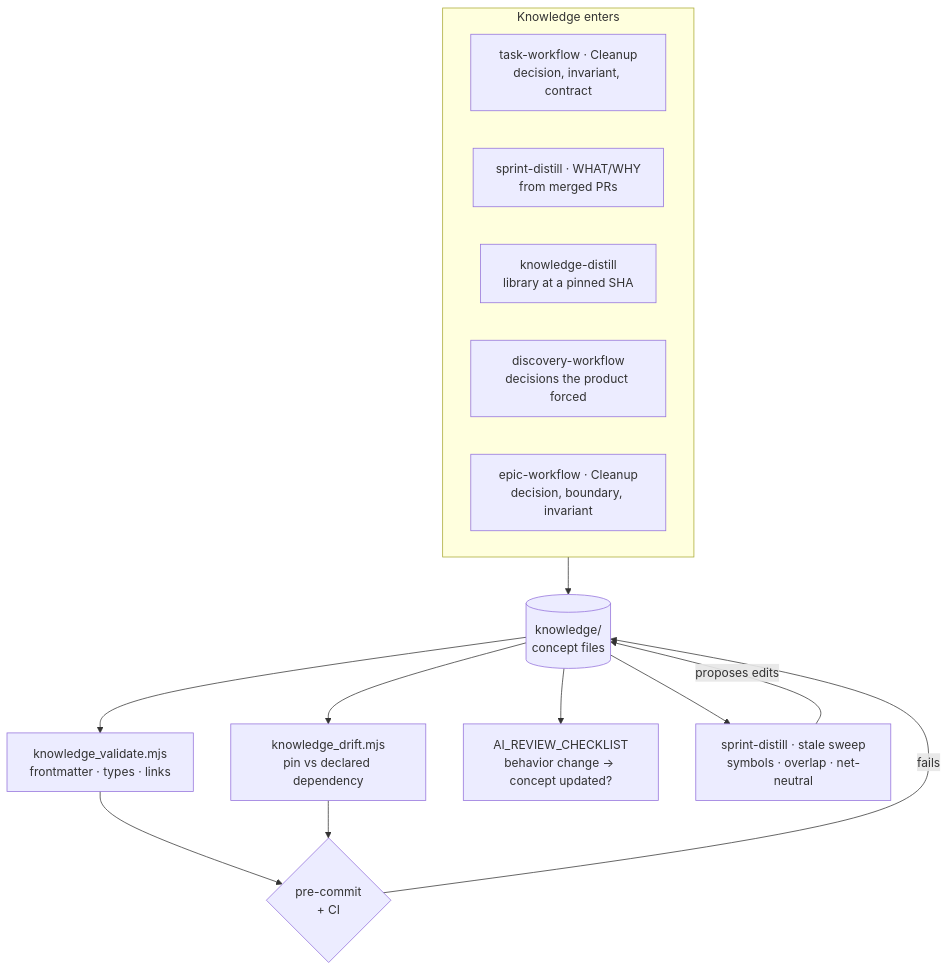
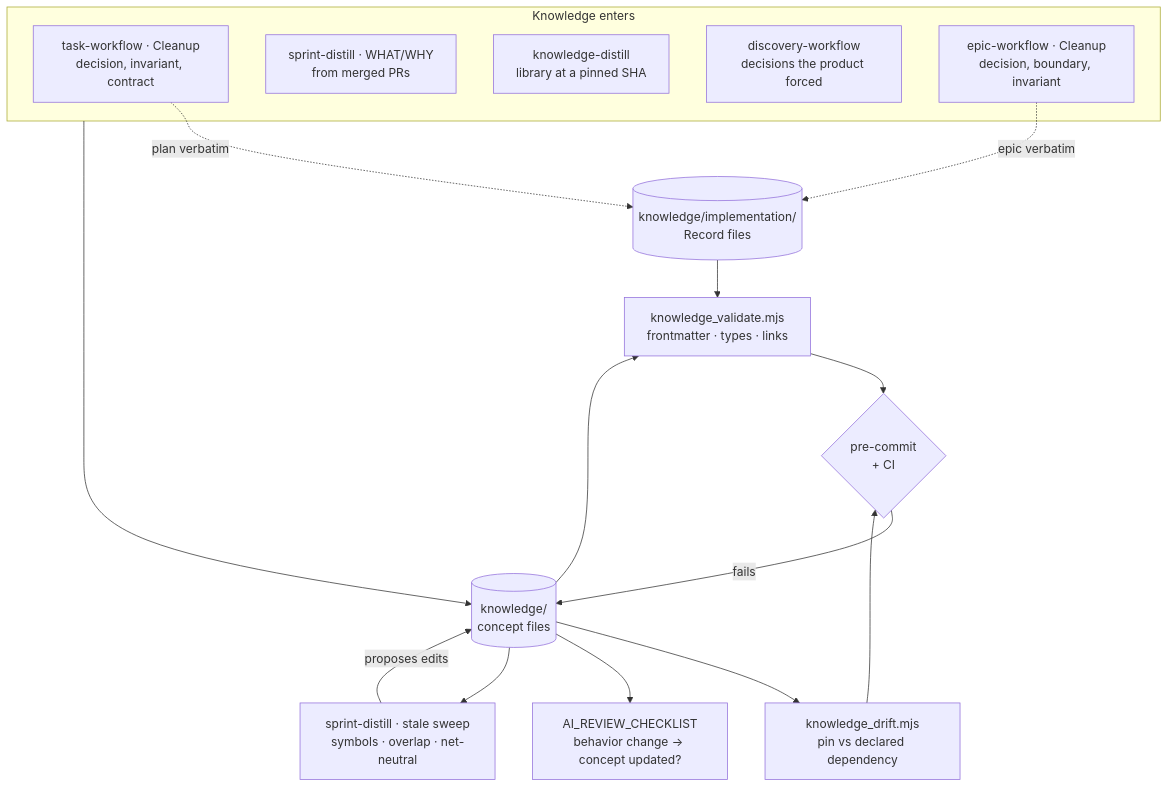
One commit to tammai/bigin-skills changed the diagram in docs/KNOWLEDGE.md. Above: the diagram before and after it, drawn with Mermaid. The commit also changed other lines of this file and 3 other files, not shown here.

````diff
--- a/docs/KNOWLEDGE.md
+++ b/docs/KNOWLEDGE.md
@@ -106,22 +108,25 @@
 ```mermaid
 flowchart TD
     subgraph in["Knowledge enters"]
         A["task-workflow · Cleanup<br/>decision, invariant, contract"]
         B["sprint-distill · WHAT/WHY<br/>from merged PRs"]
         C["knowledge-distill<br/>library at a pinned SHA"]
         E["discovery-workflow<br/>decisions the product forced"]
         F["epic-workflow · Cleanup<br/>decision, boundary, invariant"]
     end
 
     in --> K[("knowledge/<br/>concept files")]
+    A -.->|"plan verbatim"| L[("knowledge/implementation/<br/>Record files")]
+    F -.->|"epic verbatim"| L
+    L --> V
 
     K --> V["knowledge_validate.mjs<br/>frontmatter · types · links"]
     K --> D["knowledge_drift.mjs<br/>pin vs declared dependency"]
     V --> G{"pre-commit<br/>+ CI"}
     D --> G
     G -->|fails| K
 
     K --> R["AI_REVIEW_CHECKLIST<br/>behavior change → concept updated?"]
     K --> S["sprint-distill · stale sweep<br/>symbols · overlap · net-neutral"]
     S -->|proposes edits| K
 ```
````
